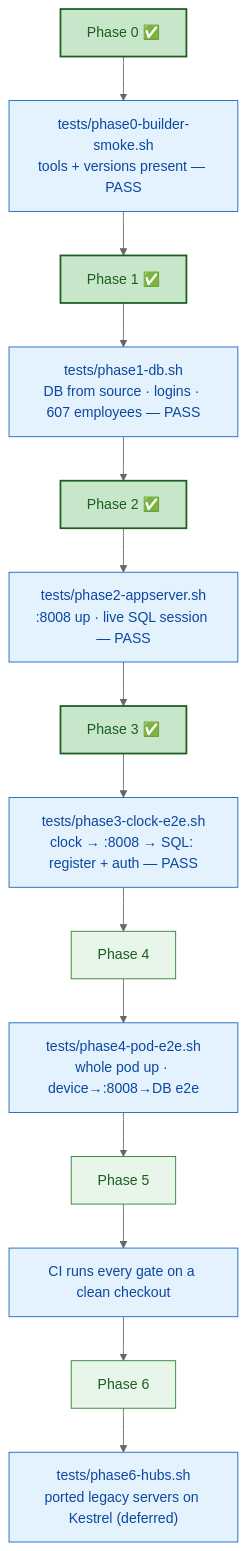
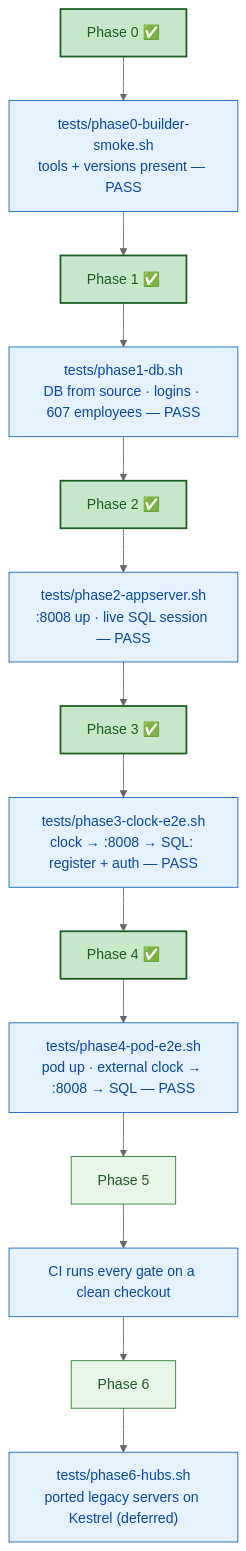
The fourth of 5 diagrams in docs/linux-pod-plan.md (tcp-software/win11vbox), drawn with Mermaid (neutral theme) before and after one commit. The commit also changed other lines of this file, not shown here.

Commit message:
linux-pod-plan: Phase 4 DONE (deployable pod + self-contained external clock e2e, gate PASS); Phase 5 now

````diff
--- a/docs/linux-pod-plan.md
+++ b/docs/linux-pod-plan.md
@@ -175,15 +175,15 @@
 ```mermaid
 flowchart TD
     classDef ph fill:#e8f5e9,stroke:#2e7d32,color:#1b5e20;
     classDef t  fill:#e3f2fd,stroke:#1565c0,color:#0d47a1;
 
     classDef done fill:#c8e6c9,stroke:#1b5e20,color:#1b5e20,stroke-width:2px;
 
     P0["Phase 0 ✅"]:::done --> T0["tests/phase0-builder-smoke.sh<br/>tools + versions present — PASS"]:::t
     T0 --> P1["Phase 1 ✅"]:::done --> T1["tests/phase1-db.sh<br/>DB from source · logins · 607 employees — PASS"]:::t
     T1 --> P2["Phase 2 ✅"]:::done --> T2["tests/phase2-appserver.sh<br/>:8008 up · live SQL session — PASS"]:::t
     T2 --> P3["Phase 3 ✅"]:::done --> T3["tests/phase3-clock-e2e.sh<br/>clock → :8008 → SQL: register + auth — PASS"]:::t
-    T3 --> P4["Phase 4"]:::ph --> T4["tests/phase4-pod-e2e.sh<br/>whole pod up · device→:8008→DB e2e"]:::t
+    T3 --> P4["Phase 4 ✅"]:::done --> T4["tests/phase4-pod-e2e.sh<br/>pod up · external clock → :8008 → SQL — PASS"]:::t
     T4 --> P5["Phase 5"]:::ph --> T5["CI runs every gate on a clean checkout"]:::t
     T5 --> P6["Phase 6"]:::ph --> T6["tests/phase6-hubs.sh<br/>ported legacy servers on Kestrel (deferred)"]:::t
 ```
````
